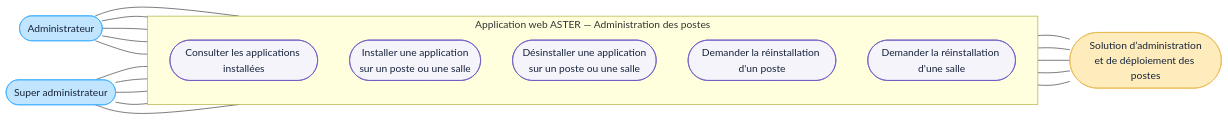
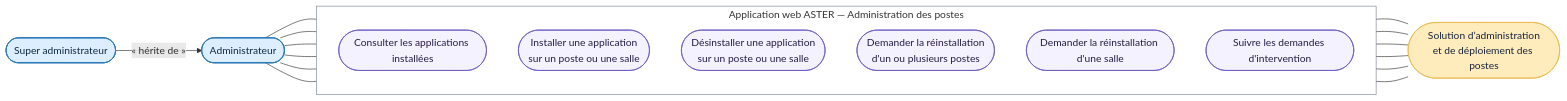
One commit to bpierrelouis/aster changed the diagram in docs/09-DCU-ADMINISTRATION-POSTES.md. Above: the diagram before and after it, drawn with Mermaid. The commit also changed 4 other files, not shown here.

Commit message:
docs(uml): harmoniser les diagrammes de cas d'utilisation

````diff
--- a/docs/09-DCU-ADMINISTRATION-POSTES.md
+++ b/docs/09-DCU-ADMINISTRATION-POSTES.md
@@ -3,40 +3,41 @@
 ```mermaid
 flowchart LR
     administrateur(["Administrateur"])
     superAdministrateur(["Super administrateur"])
+
+    superAdministrateur -->|« hérite de »| administrateur
 
     subgraph aster["Application web ASTER — Administration des postes"]
         direction TB
         consulterApplications(["Consulter les applications installées"])
         installerApplication(["Installer une application<br/>sur un poste ou une salle"])
         desinstallerApplication(["Désinstaller une application<br/>sur un poste ou une salle"])
-        demanderPoste(["Demander la réinstallation d'un poste"])
+        demanderPoste(["Demander la réinstallation<br/>d'un ou plusieurs postes"])
         demanderSalle(["Demander la réinstallation d'une salle"])
+        suivreInterventions(["Suivre les demandes d'intervention"])
     end
 
     administrationDistante(["Solution d’administration<br/>et de déploiement des postes"])
 
     administrateur --- consulterApplications
     administrateur --- installerApplication
     administrateur --- desinstallerApplication
     administrateur --- demanderPoste
     administrateur --- demanderSalle
-    superAdministrateur --- consulterApplications
-    superAdministrateur --- installerApplication
-    superAdministrateur --- desinstallerApplication
-    superAdministrateur --- demanderPoste
-    superAdministrateur --- demanderSalle
-
+    administrateur --- suivreInterventions
     consulterApplications --- administrationDistante
     installerApplication --- administrationDistante
     desinstallerApplication --- administrationDistante
     demanderPoste --- administrationDistante
     demanderSalle --- administrationDistante
+    suivreInterventions --- administrationDistante
 
-    classDef acteur fill:#C2E5FF,stroke:#3DADFF,color:#17243B
+    classDef acteurReel fill:#DCEEFF,stroke:#2878B5,color:#102A43,stroke-width:1.5px
     classDef acteurSecondaire fill:#FFECBD,stroke:#E8B84E,color:#17243B
-    classDef cas fill:#F6F4FB,stroke:#6954C0,color:#17243B
-    class administrateur,superAdministrateur acteur
+    classDef casUtilisation fill:#F5F2FF,stroke:#6954C0,color:#241C45
+    class administrateur,superAdministrateur acteurReel
     class administrationDistante acteurSecondaire
-    class consulterApplications,installerApplication,desinstallerApplication,demanderPoste,demanderSalle cas
+    class consulterApplications,installerApplication,desinstallerApplication,demanderPoste,demanderSalle,suivreInterventions casUtilisation
+
+    style aster fill:none,stroke:#7D8793,stroke-width:1px
 ```
````
